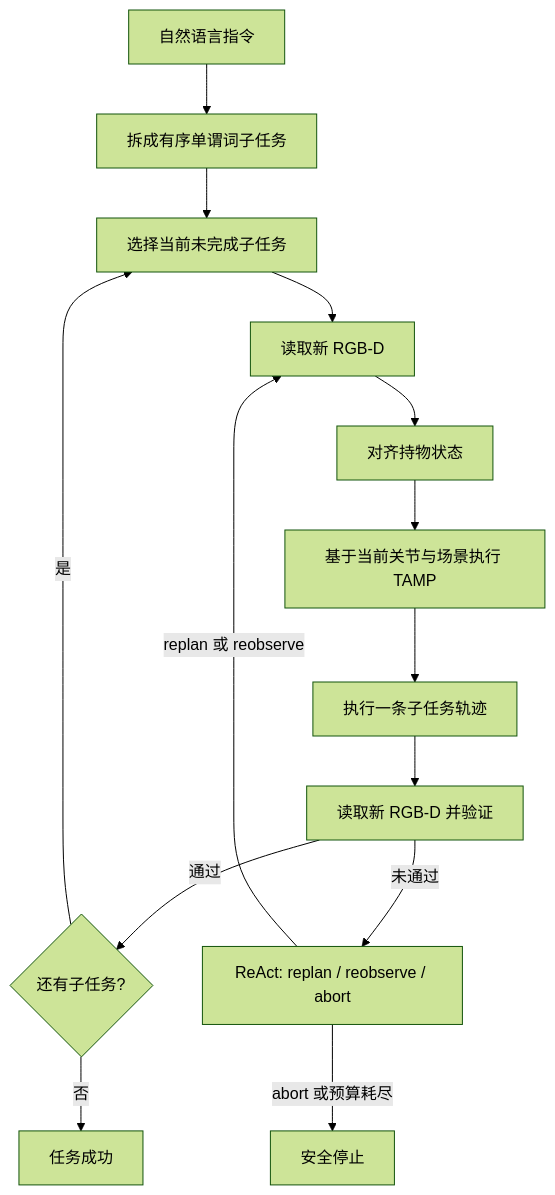
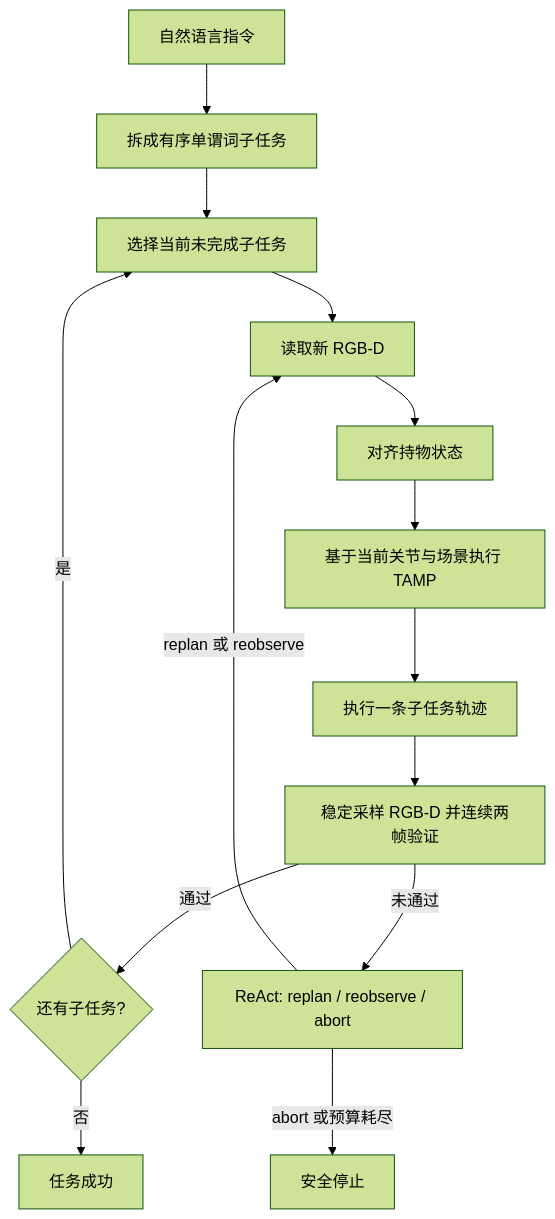
One commit to hechutogo/-agent changed the third of 5 diagrams in docs/具身Agent设计文档.md. Above: the diagram before and after it, drawn with Mermaid (forest theme). The commit also changed other lines of this file and 19 other files, not shown here.

````diff
--- a/docs/具身Agent设计文档.md
+++ b/docs/具身Agent设计文档.md
@@ -507,16 +507,16 @@
 ```mermaid
 flowchart TD
     I[自然语言指令] --> D[拆成有序单谓词子任务]
     D --> N[选择当前未完成子任务]
     N --> O[读取新 RGB-D]
     O --> C[对齐持物状态]
     C --> P[基于当前关节与场景执行 TAMP]
     P --> X[执行一条子任务轨迹]
-    X --> V[读取新 RGB-D 并验证]
+    X --> V[稳定采样 RGB-D 并连续两帧验证]
     V -->|通过| MORE{还有子任务?}
     MORE -->|是| N
     MORE -->|否| DONE[任务成功]
     V -->|未通过| R[ReAct: replan / reobserve / abort]
     R -->|replan 或 reobserve| O
     R -->|abort 或预算耗尽| STOP[安全停止]
 ```
````
